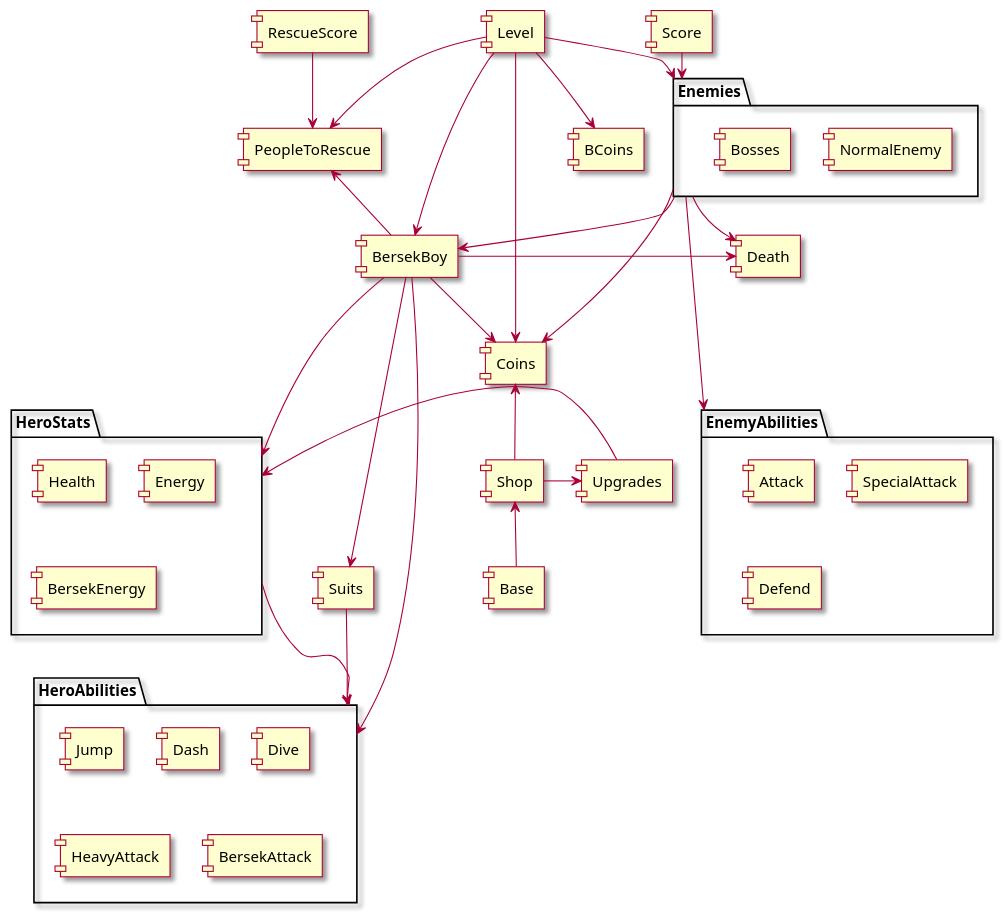
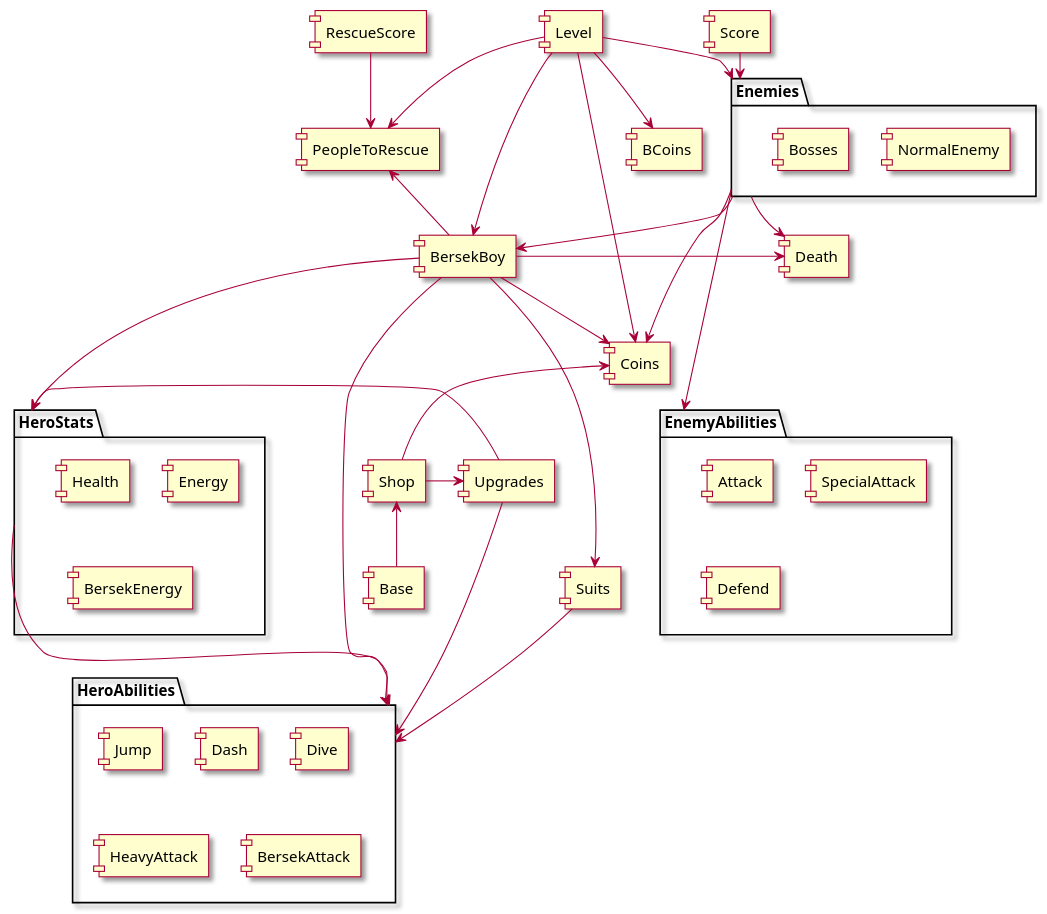
Before and after one commit to papajoshh/DomainRepositories: the diagram in ~Docs/BersekBoy.puml, drawn with PlantUML. The commit also changed 8 other files, not shown here.

Commit message:
feat: many diagrams

```diff
--- a/~Docs/BersekBoy.puml
+++ b/~Docs/BersekBoy.puml
@@ -1,74 +1,75 @@
 @startuml
 skin rose
 skinparam componentstyle uml1
 
 
 component BersekBoy
 component Suits
 
 
 
 component Shop
 component Upgrades
 component Death
 component Level
 component Base
 
 component PeopleToRescue
 component RescueScore
 component Score
 component Coins
 component BCoins
 
 package HeroStats{
 component Health
 component Energy
 component BersekEnergy
 }
 package Enemies{
 component NormalEnemy
 component Bosses
 }
 package EnemyAbilities{
 component Attack
 component SpecialAttack
 component Defend
 }
 package HeroAbilities{
 component Jump
 component Dash
 component Dive
 component HeavyAttack
 component BersekAttack
 }
 
 Level --> Enemies
 Level --> BersekBoy
 Level --> PeopleToRescue
 Level --> BCoins
 Level --> Coins
 
 BersekBoy --> Suits
 BersekBoy --> HeroAbilities
 BersekBoy -> Death
 BersekBoy -r-> HeroStats
 BersekBoy -u-> PeopleToRescue
 BersekBoy --> Coins
 
 HeroStats -> HeroAbilities
 
 Suits --> HeroAbilities
 
 Enemies --> BersekBoy
 Enemies --> EnemyAbilities
 Enemies -> Death
 Enemies --> Coins
 Score --> Enemies
 
 RescueScore -d-> PeopleToRescue
 Base -u-> Shop
 Shop -r-> Upgrades
 Shop -u-> Coins
 Upgrades -> HeroStats
+Upgrades -> HeroAbilities
 
 @enduml
```
